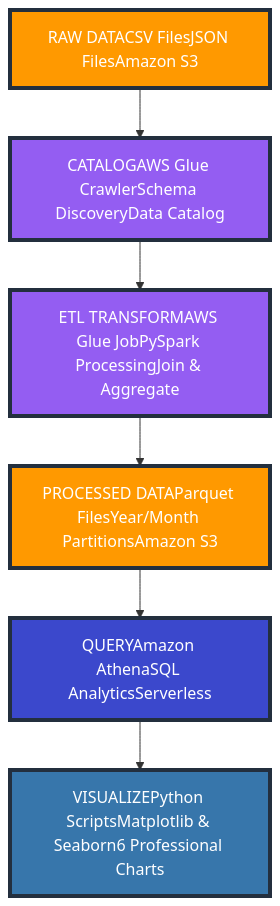
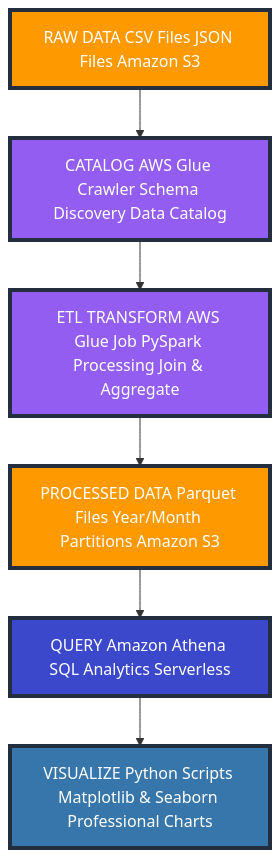
Before and after one commit to Michel-Data-Cloud/cloud-portfolio-aws: the diagram in CaseStudies/Project-End-to-End-CloudDataPipeline/README.md, drawn with Mermaid.

Commit message:
Adjusted professional Mermaid architecture diagrams

````diff
--- a/CaseStudies/Project-End-to-End-CloudDataPipeline/README.md
+++ b/CaseStudies/Project-End-to-End-CloudDataPipeline/README.md
@@ -31,22 +31,22 @@
 ```mermaid
 graph TD
-    A["RAW DATACSV FilesJSON FilesAmazon S3"]
-    B["CATALOGAWS Glue CrawlerSchema DiscoveryData Catalog"]
-    C["ETL TRANSFORMAWS Glue JobPySpark ProcessingJoin & Aggregate"]
-    D["PROCESSED DATAParquet FilesYear/Month PartitionsAmazon S3"]
-    E["QUERYAmazon AthenaSQL AnalyticsServerless"]
-    F["VISUALIZEPython ScriptsMatplotlib & Seaborn6 Professional Charts"]
+    A["RAW DATA CSV Files JSON Files Amazon S3"]
+    B["CATALOG AWS Glue Crawler Schema Discovery Data Catalog"]
+    C["ETL TRANSFORM AWS Glue Job PySpark Processing Join & Aggregate"]
+    D["PROCESSED DATA Parquet Files Year/Month Partitions Amazon S3"]
+    E["QUERY Amazon Athena SQL Analytics Serverless"]
+    F["VISUALIZE Python Scripts Matplotlib & Seaborn Professional Charts"]
     
     A --> B
     B --> C
     C --> D
     D --> E
     E --> F
     
     style A fill:#FF9900,stroke:#232F3E,stroke-width:4px,color:#FFFFFF,font-size:16px
     style B fill:#945DF2,stroke:#232F3E,stroke-width:4px,color:#FFFFFF,font-size:16px
     style C fill:#945DF2,stroke:#232F3E,stroke-width:4px,color:#FFFFFF,font-size:16px
     style D fill:#FF9900,stroke:#232F3E,stroke-width:4px,color:#FFFFFF,font-size:16px
     style E fill:#3B48CC,stroke:#232F3E,stroke-width:4px,color:#FFFFFF,font-size:16px
     style F fill:#3776AB,stroke:#232F3E,stroke-width:4px,color:#FFFFFF,font-size:16px
 ```
````
